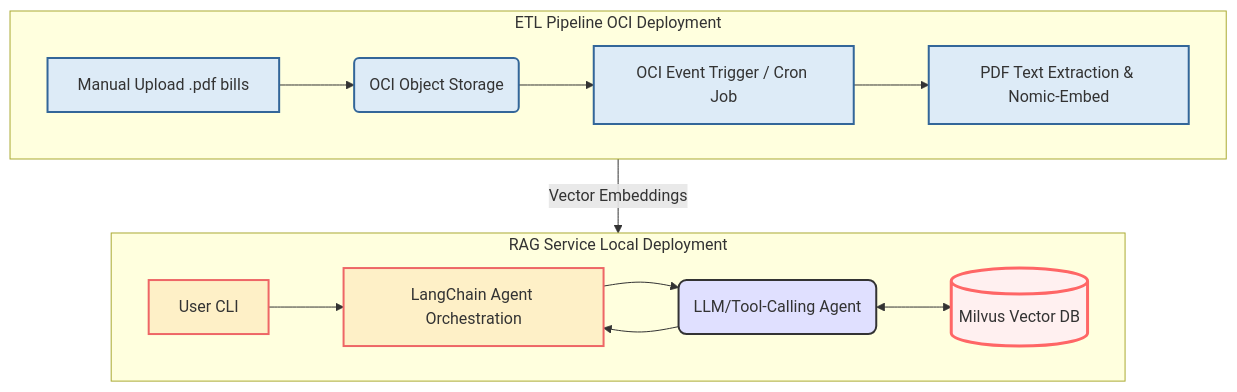
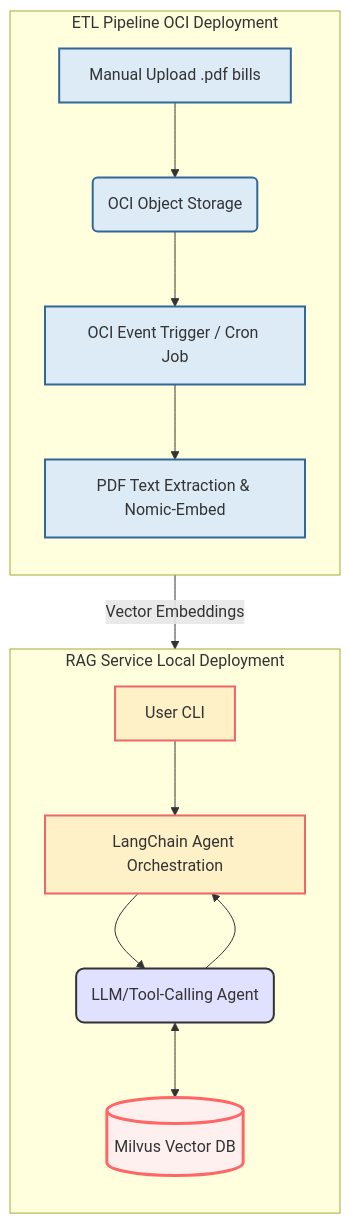
The diagram in README.md (Alvan-Dmello/Intelligent-Utility-Bill-RAG), drawn with Mermaid before and after one commit.

````diff
--- a/README.md
+++ b/README.md
@@ -29,40 +29,40 @@
 ```mermaid
 graph TD
 classDef etl fill:#DDEBF7,stroke:#369,stroke-width:2px;
 classDef rag fill:#FEF0C7,stroke:#E66,stroke-width:2px;
 classDef db fill:#FCE9E9,stroke:#F00,stroke-width:3px;
 classDef interface fill:#E6FFED,stroke:#0A0;
 
 subgraph ETL Pipeline OCI Deployment
-direction LR
+direction TD
 A[Manual Upload .pdf bills]:::interface
 B(OCI Object Storage)
 C[OCI Event Trigger / Cron Job]
 D[PDF Text Extraction & Nomic-Embed]
 
 A --> B --> C --> D;
 class A,B,C,D etl
 end
 
 subgraph RAG Service Local Deployment
-direction LR
+direction TD
 F[User CLI]:::interface
 I[LangChain Agent Orchestration]
 H(LLM/Tool-Calling Agent)
 E[(Milvus Vector DB)]:::db
 
 F --> I;
 I --> H;
 H <--> E;
 H --> I;
 
 class F,I,H rag
 end
 
 %% Link the two subgraphs
 D -- Vector Embeddings --> E;
 
 %% Explicitly style the DB and Agent for emphasis (optional, can be removed if classes are enough)
 style H fill:#E0E0FF,stroke:#333,stroke-width:2px,rx:8px,ry:8px
 style E fill:#FFF0F0,stroke:#F66,stroke-width:3px
 ```
````
